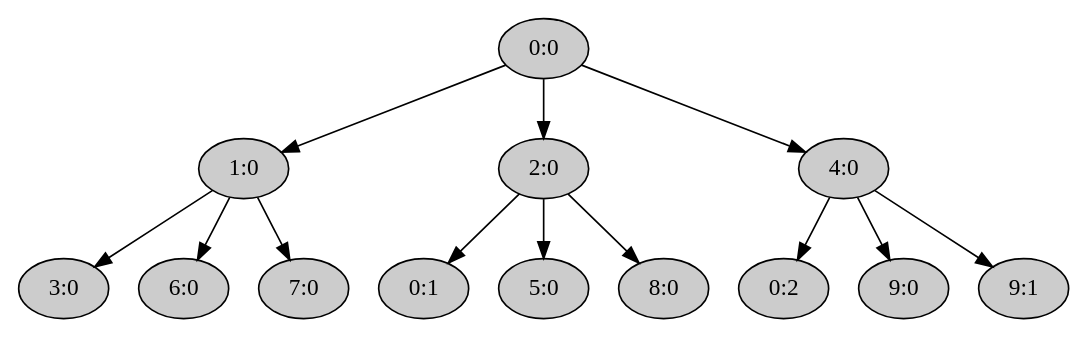
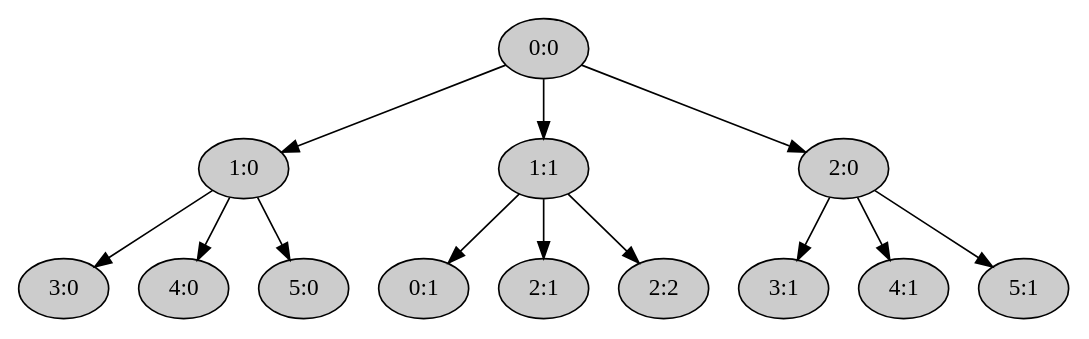
The diagram in lab/src/7-um-5-cow-fork.dot (AntonGlinisty/nikka-practice), drawn with Graphviz before and after one commit. The commit also changed 14 other files, not shown here.

```diff
--- a/lab/src/7-um-5-cow-fork.dot
+++ b/lab/src/7-um-5-cow-fork.dot
@@ -1,1 +1,1 @@
-digraph process_tree { node [ style = filled; fillcolor = "#CCCCCC"]; "0:0" -> "1:0"; "0:0" -> "2:0"; "0:0" -> "4:0"; "1:0" -> "3:0"; "1:0" -> "6:0"; "1:0" -> "7:0"; "2:0" -> "0:1"; "2:0" -> "5:0"; "2:0" -> "8:0"; "4:0" -> "0:2"; "4:0" -> "9:0"; "4:0" -> "9:1"; }
+digraph process_tree { node [ style = filled; fillcolor = "#CCCCCC"]; "0:0" -> "1:0"; "0:0" -> "1:1"; "0:0" -> "2:0"; "1:0" -> "3:0"; "1:0" -> "4:0"; "1:0" -> "5:0"; "1:1" -> "0:1"; "1:1" -> "2:1"; "1:1" -> "2:2"; "2:0" -> "3:1"; "2:0" -> "4:1"; "2:0" -> "5:1"; }
```
